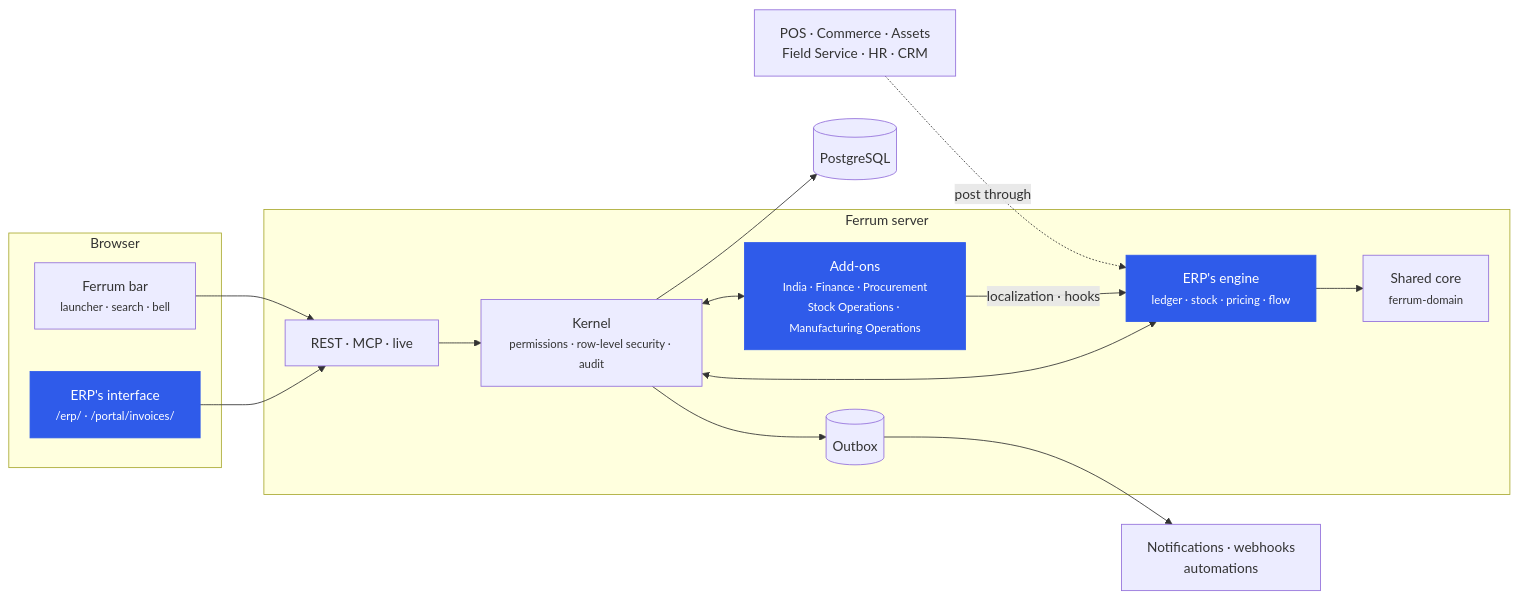
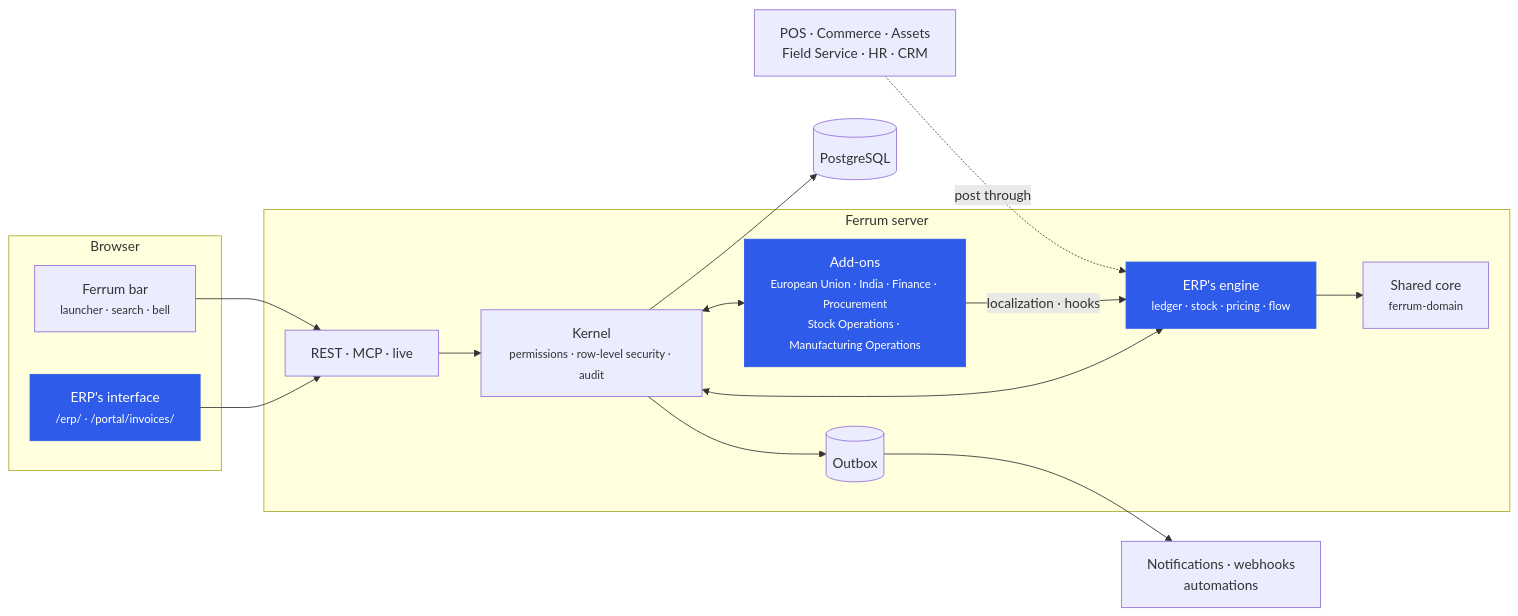
Before and after one commit to CBFerrum/ferrum-app-erp: the second of 3 diagrams in README.md, drawn with Mermaid. The commit also changed other lines of this file and 2 other files, not shown here.

Commit message:
README: ERP 0.4.0 with the European Union's add-on (VAT, VIES, OSS, EN 16931 over Peppol) and India 0.2.1

````diff
--- a/README.md
+++ b/README.md
@@ -141,26 +144,26 @@
 ```mermaid
 flowchart LR
     subgraph Browser
         UI["ERP's interface<br/><small>/erp/ · /portal/invoices/</small>"]
         BAR["Ferrum bar<br/><small>launcher · search · bell</small>"]
     end
     subgraph Server["Ferrum server"]
         API["REST · MCP · live"]
         K["Kernel<br/><small>permissions · row-level security · audit</small>"]
         ENG["ERP's engine<br/><small>ledger · stock · pricing · flow</small>"]
-        ADD["Add-ons<br/><small>India · Finance · Procurement<br/>Stock Operations · Manufacturing Operations</small>"]
+        ADD["Add-ons<br/><small>European Union · India · Finance · Procurement<br/>Stock Operations · Manufacturing Operations</small>"]
         CORE["Shared core<br/><small>ferrum-domain</small>"]
         OB[("Outbox")]
     end
     DB[("PostgreSQL")]
     UI --> API --> K --> DB
     BAR --> API
     K <--> ENG
     K <--> ADD
     ADD -->|localization · hooks| ENG
     ENG --> CORE
     K --> OB --> EV["Notifications · webhooks<br/>automations"]
     APPS["POS · Commerce · Assets<br/>Field Service · HR · CRM"] -. post through .-> ENG
     classDef erp fill:#2f5bea,color:#fff,stroke:#2f5bea
     class UI,ENG,ADD erp
 ```
````
